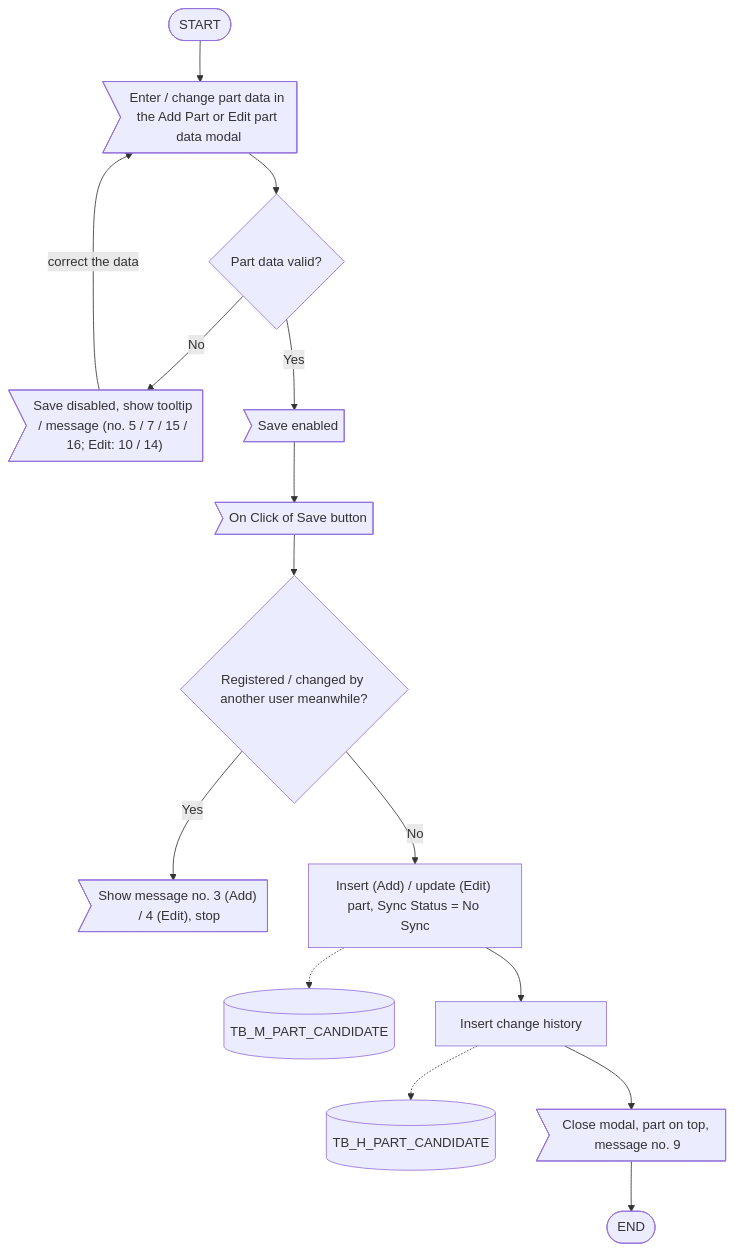
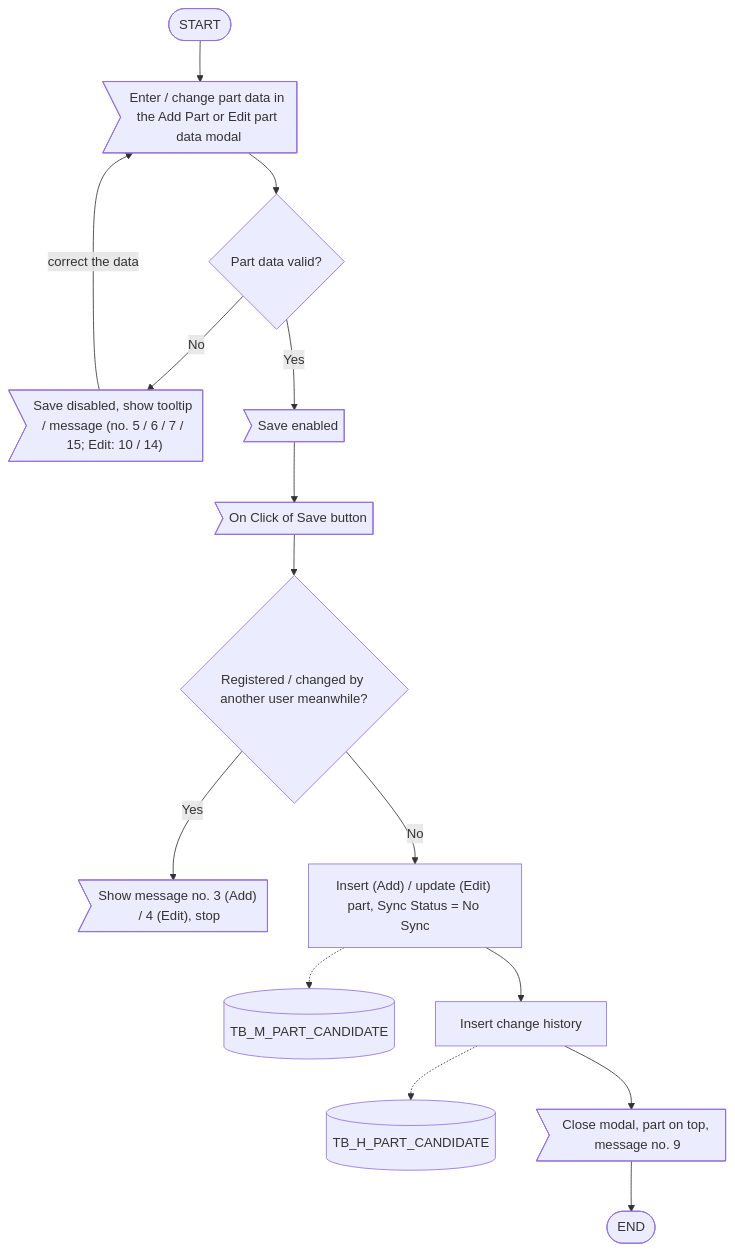
Before and after one commit to ivanrayhannn/crossdockpoc: the third of 5 diagrams in prepare_code/uiss/XD01_Screen_CrossDockPartMaster.md, drawn with Mermaid. The commit also changed other lines of this file and 7 other files, not shown here.

````diff
--- a/prepare_code/uiss/XD01_Screen_CrossDockPartMaster.md
+++ b/prepare_code/uiss/XD01_Screen_CrossDockPartMaster.md
@@ -172,31 +172,31 @@
 ```mermaid
 flowchart TB
   s(["START"])
   e1>"Enter / change part data in the Add Part or Edit part data modal"]
   d1{"Part data valid?"}
-  m1>"Save disabled, show tooltip / message (no. 5 / 7 / 15 / 16; Edit: 10 / 14)"]
+  m1>"Save disabled, show tooltip / message (no. 5 / 6 / 7 / 15; Edit: 10 / 14)"]
   m2>"Save enabled"]
   e2>"On Click of Save button"]
   d2{"Registered / changed by another user meanwhile?"}
   m3>"Show message no. 3 (Add) / 4 (Edit), stop"]
   p1["Insert (Add) / update (Edit) part, Sync Status = No Sync"]
   db[("TB_M_PART_CANDIDATE")]
   p2["Insert change history"]
   db2[("TB_H_PART_CANDIDATE")]
   m4>"Close modal, part on top, message no. 9"]
   x(["END"])
   s --> e1
   e1 --> d1
   d1 -->|No| m1
   m1 -->|correct the data| e1
   d1 -->|Yes| m2
   m2 --> e2
   e2 --> d2
   d2 -->|Yes| m3
   d2 -->|No| p1
   p1 -.-> db
   p1 --> p2
   p2 -.-> db2
   p2 --> m4
   m4 --> x
 ```
````
